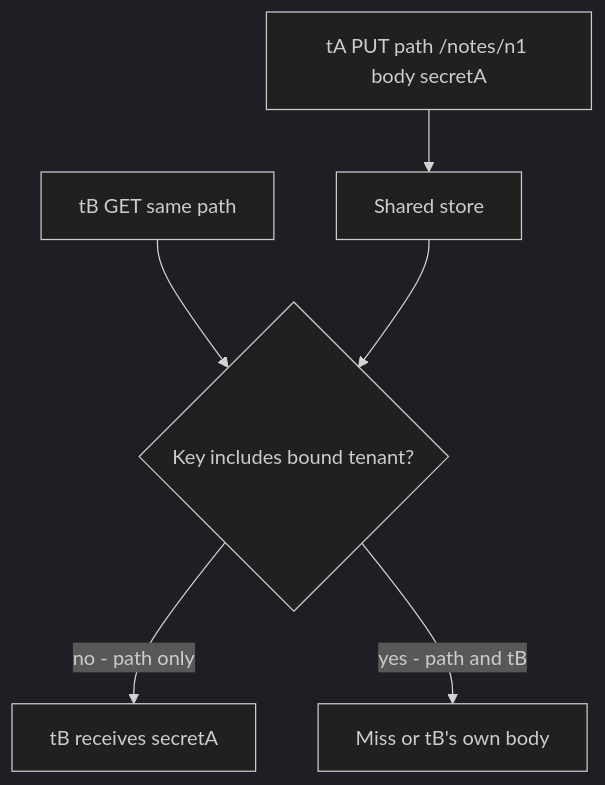
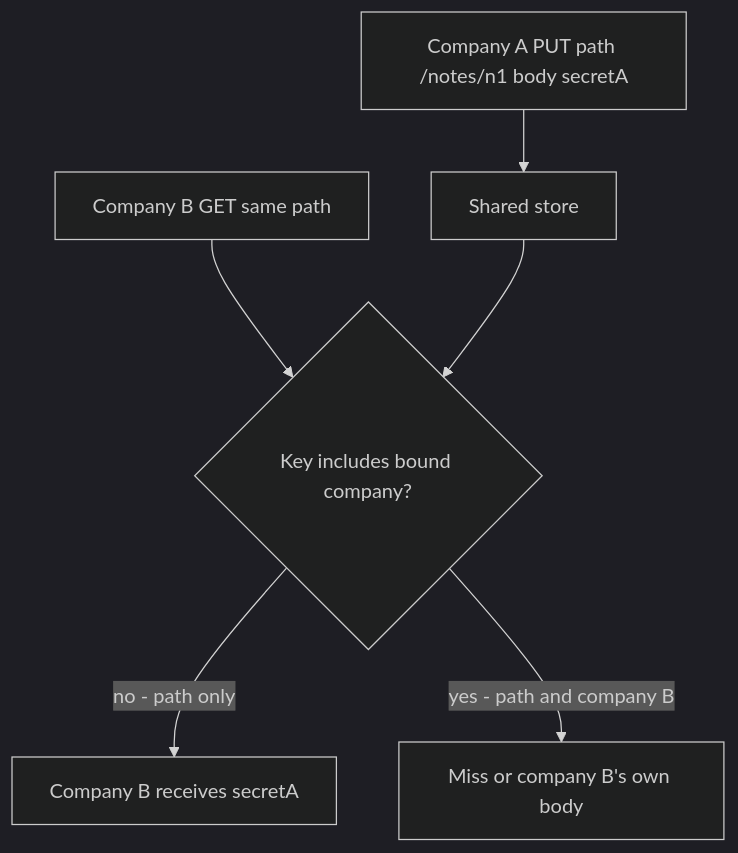
One commit to ishitvagoel/LearnSecurity changed the second of 2 diagrams in content/modules/2/2.2/lessons/01-property.md. Above: the diagram before and after it, drawn with Mermaid (dark theme). The commit also changed other lines of this file and 7 other files, not shown here.

````diff
--- a/content/modules/2/2.2/lessons/01-property.md
+++ b/content/modules/2/2.2/lessons/01-property.md
@@ -35,8 +36,8 @@
 ```mermaid
 flowchart TD
-  PutA["tA PUT path /notes/n1 body secretA"] --> Store["Shared store"]
-  GetB["tB GET same path"] --> Lookup{Key includes bound tenant?}
+  PutA["Company A PUT path /notes/n1 body secretA"] --> Store["Shared store"]
+  GetB["Company B GET same path"] --> Lookup{Key includes bound company?}
   Store --> Lookup
-  Lookup -->|no - path only| Leak["tB receives secretA"]
-  Lookup -->|yes - path and tB| Miss["Miss or tB's own body"]
+  Lookup -->|no - path only| Leak["Company B receives secretA"]
+  Lookup -->|yes - path and company B| Miss["Miss or company B's own body"]
 ```
````
